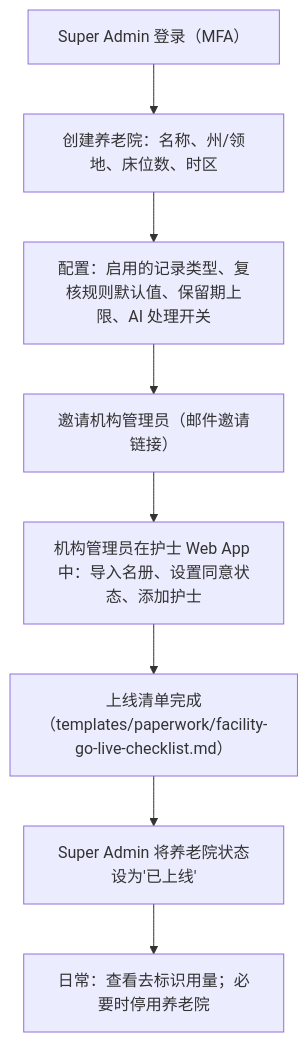
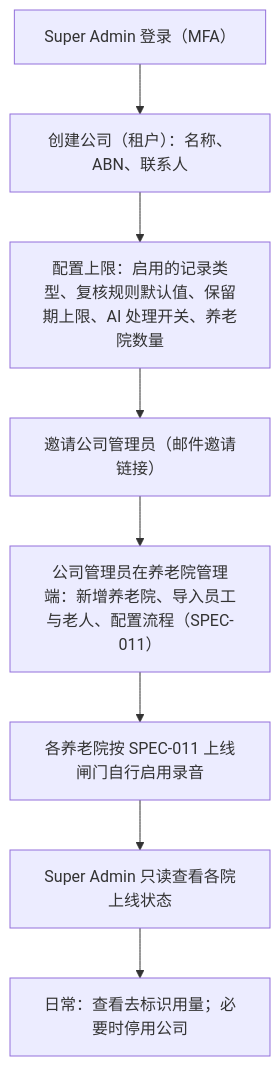
The diagram in company-os/06-app-development/specs/2026-10-super-admin-console.md (terryxu0321/JRAgedCareProject), drawn with Mermaid before and after one commit. The commit also changed other lines of this file and 15 other files, not shown here.

````diff
--- a/company-os/06-app-development/specs/2026-10-super-admin-console.md
+++ b/company-os/06-app-development/specs/2026-10-super-admin-console.md
@@ -32,10 +33,10 @@
 ```mermaid
 flowchart TD
-	A["Super Admin 登录（MFA）"] --> B["创建养老院：名称、州/领地、床位数、时区"]
-	B --> C["配置：启用的记录类型、复核规则默认值、保留期上限、AI 处理开关"]
-	C --> D["邀请机构管理员（邮件邀请链接）"]
-	D --> E["机构管理员在护士 Web App 中：导入名册、设置同意状态、添加护士"]
-	E --> F["上线清单完成（templates/paperwork/facility-go-live-checklist.md）"]
-	F --> G["Super Admin 将养老院状态设为'已上线'"]
-	G --> H["日常：查看去标识用量；必要时停用养老院"]
+	A["Super Admin 登录（MFA）"] --> B["创建公司（租户）：名称、ABN、联系人"]
+	B --> C["配置上限：启用的记录类型、复核规则默认值、保留期上限、AI 处理开关、养老院数量"]
+	C --> D["邀请公司管理员（邮件邀请链接）"]
+	D --> E["公司管理员在养老院管理端：新增养老院、导入员工与老人、配置流程（SPEC-011）"]
+	E --> F["各养老院按 SPEC-011 上线闸门自行启用录音"]
+	F --> G["Super Admin 只读查看各院上线状态"]
+	G --> H["日常：查看去标识用量；必要时停用公司"]
 ```
````
